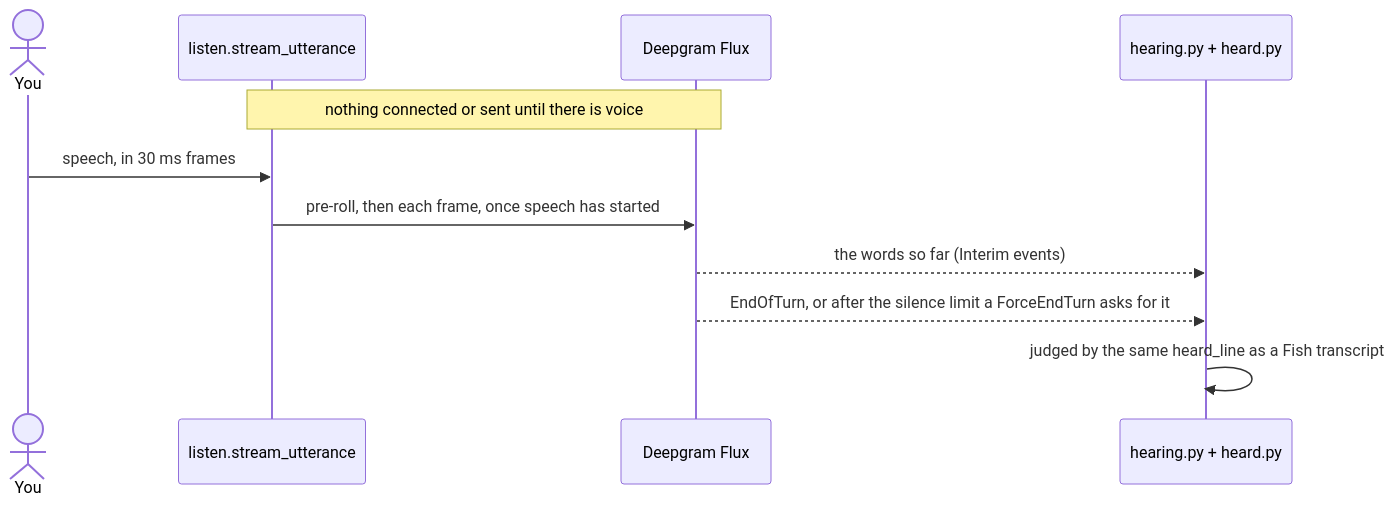
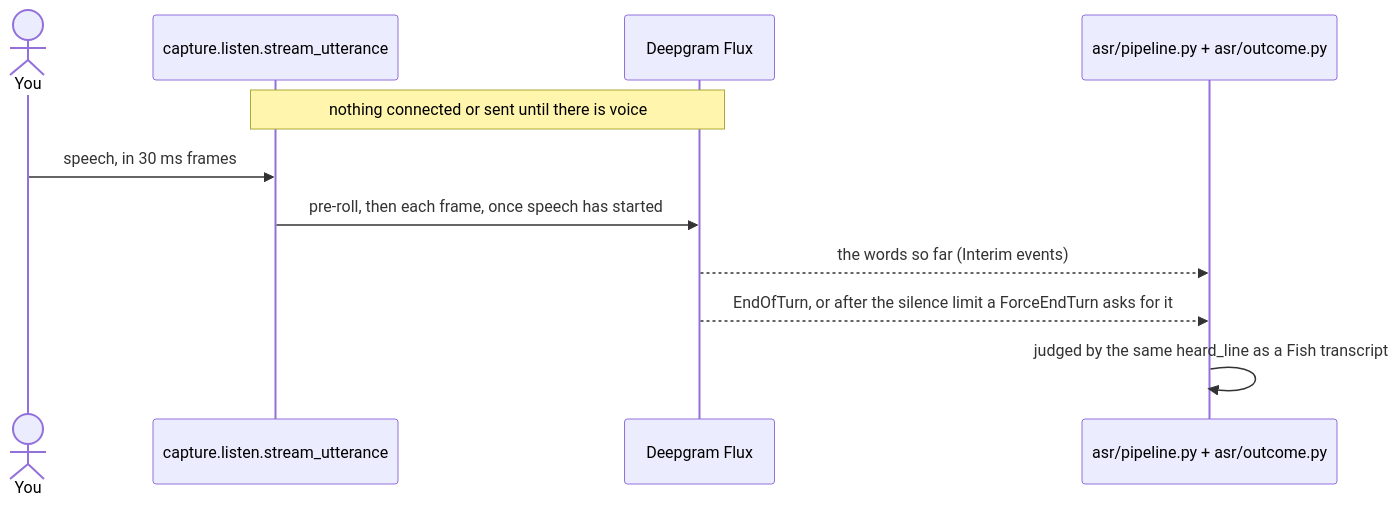
Before and after one commit to kzndotsh/fish-audio-suite: the third of 4 diagrams in docs/ARCHITECTURE.md, drawn with Mermaid. The commit also changed other lines of this file and 29 other files, not shown here.

````diff
--- a/docs/ARCHITECTURE.md
+++ b/docs/ARCHITECTURE.md
@@ -100,14 +100,14 @@
 ```mermaid
 sequenceDiagram
     actor You
-    participant Mic as listen.stream_utterance
+    participant Mic as capture.listen.stream_utterance
     participant Flux as Deepgram Flux
-    participant Hear as hearing.py + heard.py
+    participant Hear as asr/pipeline.py + asr/outcome.py
 
     Note over Mic,Flux: nothing connected or sent until there is voice
     You->>Mic: speech, in 30 ms frames
     Mic->>Flux: pre-roll, then each frame, once speech has started
     Flux-->>Hear: the words so far (Interim events)
     Flux-->>Hear: EndOfTurn, or after the silence limit a ForceEndTurn asks for it
     Hear->>Hear: judged by the same heard_line as a Fish transcript
 ```
````
